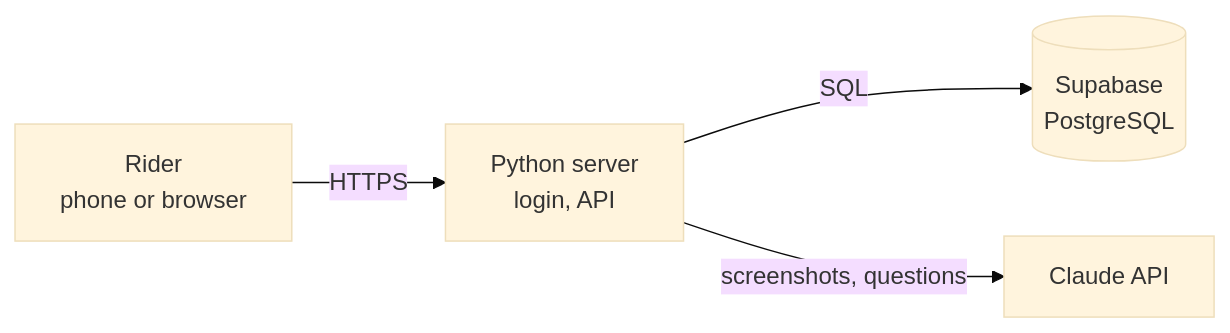
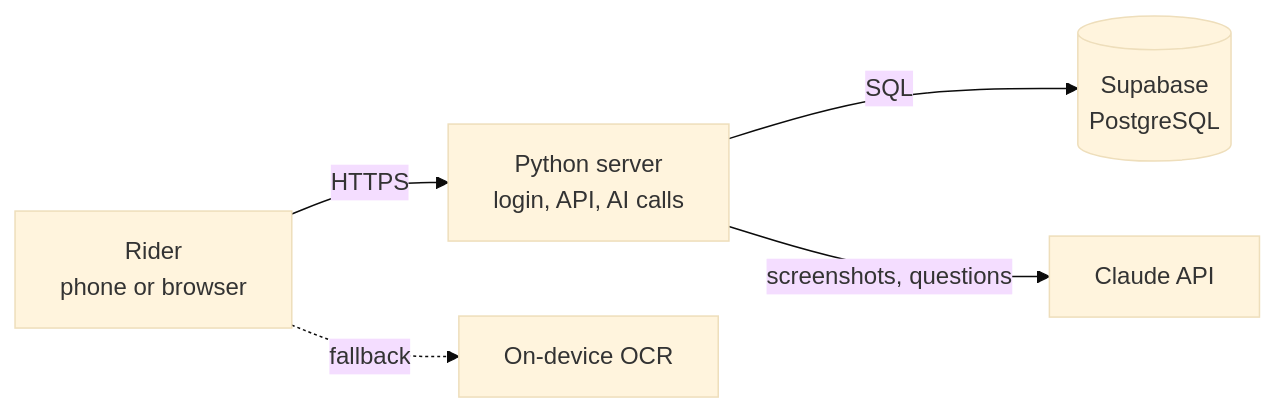
Before and after one commit to Pegasus717/TrueWage: the first of 3 diagrams in README.md, drawn with Mermaid (base theme). The commit also changed other lines of this file, not shown here.

Commit message:
Rewrite README from scratch: overview, features, architecture, tech stack table, setup, configuration, testing, deployment

````diff
--- a/README.md
+++ b/README.md
@@ -44,6 +63,7 @@
 ```mermaid
 flowchart LR
-    R["Rider<br/>phone or browser"] -->|HTTPS| S["Python server<br/>login, API"]
+    R["Rider<br/>phone or browser"] -->|HTTPS| S["Python server<br/>login, API, AI calls"]
     S -->|SQL| D[("Supabase<br/>PostgreSQL")]
     S -->|"screenshots, questions"| C["Claude API"]
+    R -.->|"fallback"| O["On-device OCR"]
 ```
````
